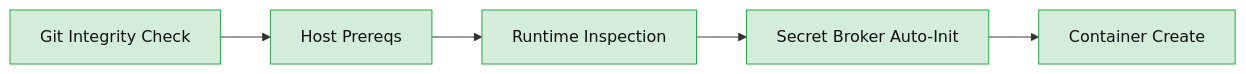
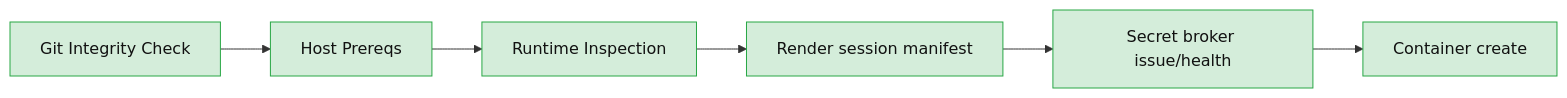
The third of 13 diagrams in docs/architecture.md (novotnyllc/ContainAI), drawn with Mermaid before and after one commit. The commit also changed other lines of this file and 13 other files, not shown here.

````diff
--- a/docs/architecture.md
+++ b/docs/architecture.md
@@ -140,8 +151,8 @@
 ```mermaid
 flowchart LR
     gitState["Git Integrity Check"] --> hostCheck["Host Prereqs"] --> runtimeCheck["Runtime Inspection"]
-    runtimeCheck --> brokerInit["Secret Broker Auto-Init"] --> containerStart["Container Create"]
+    runtimeCheck --> sessionRender["Render session manifest"] --> brokerInit["Secret broker issue/health"] --> containerStart["Container create"]
 
     classDef stage fill:#d4edda,stroke:#28a745,color:#111;
-    class gitState,hostCheck,runtimeCheck,brokerInit,containerStart stage;
+    class gitState,hostCheck,runtimeCheck,sessionRender,brokerInit,containerStart stage;
 ```
````
